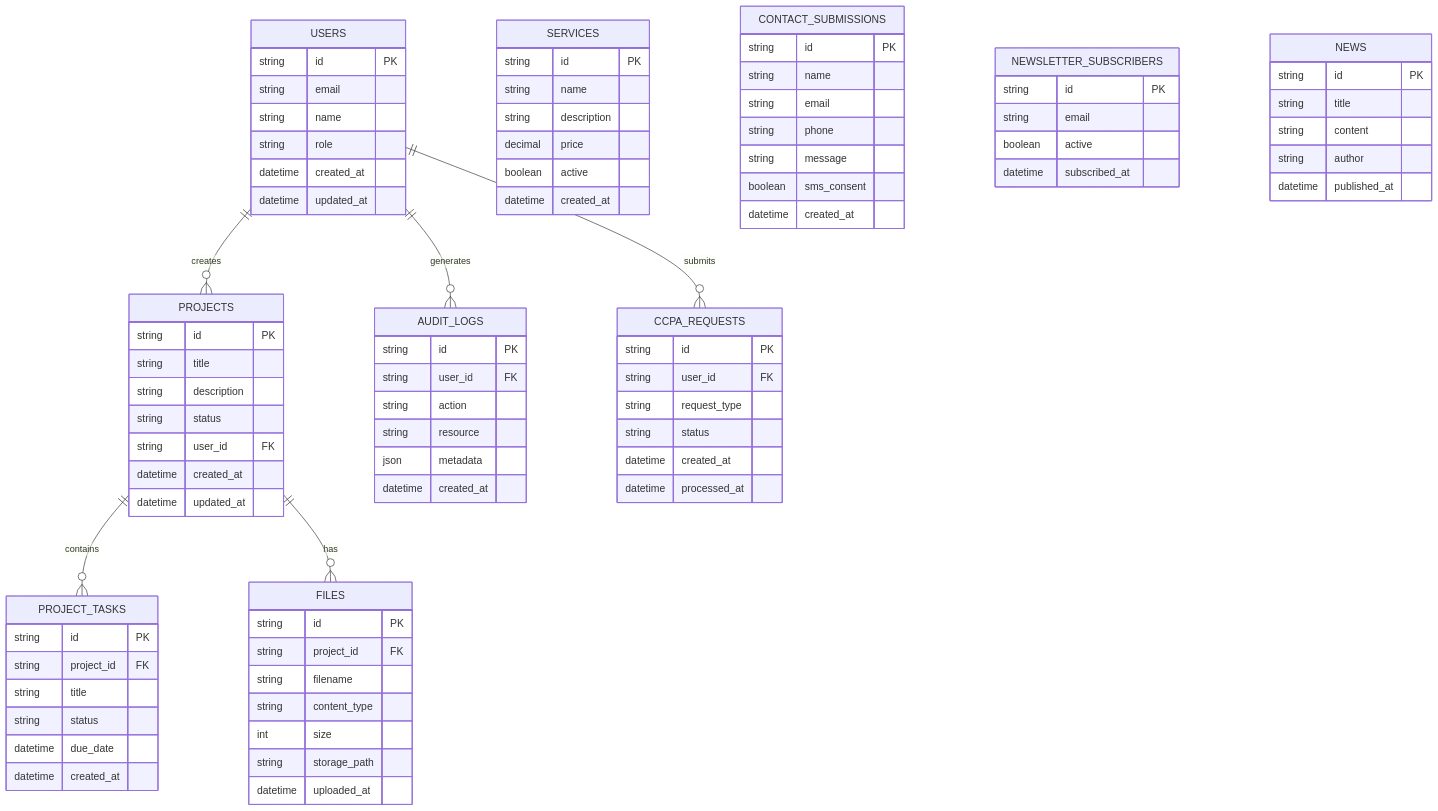
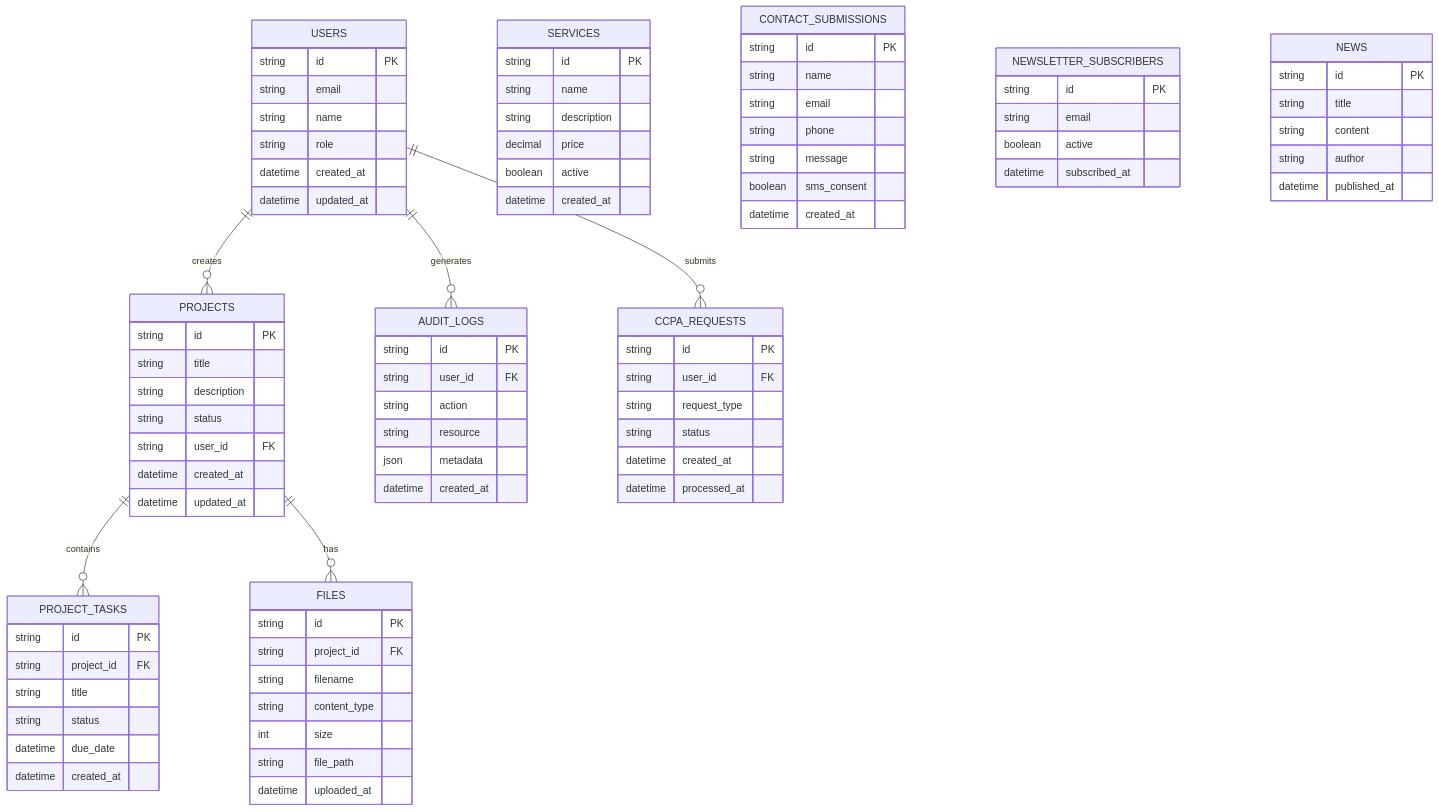
One commit to dobeutech/dobeunet-vercel changed the sixth of 19 diagrams in docs/SYSTEM_ARCHITECTURE.md. Above: the diagram before and after it, drawn with Mermaid. The commit also changed 7 other files, not shown here.

````diff
--- a/docs/SYSTEM_ARCHITECTURE.md
+++ b/docs/SYSTEM_ARCHITECTURE.md
@@ -390,7 +390,7 @@
         string filename
         string content_type
         int size
-        string storage_path
+        string file_path
         datetime uploaded_at
     }
 ```
````
